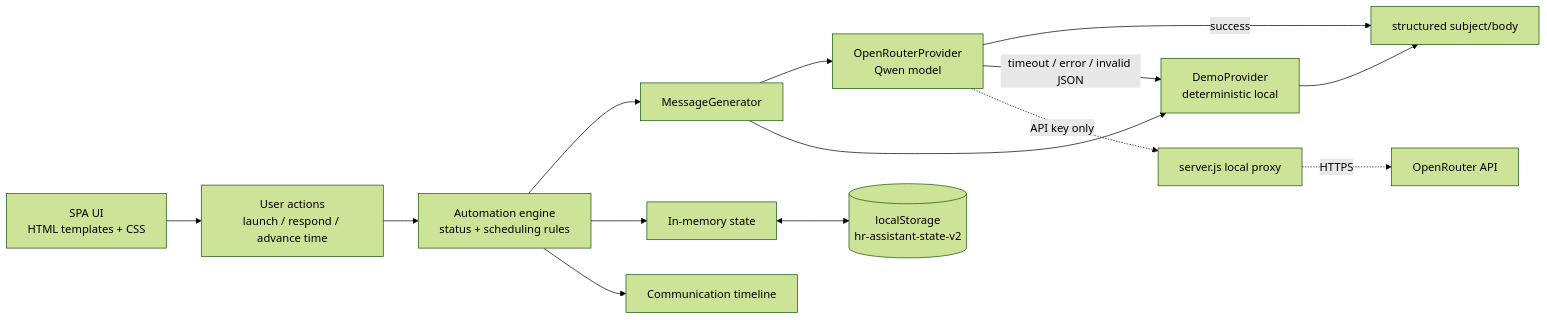
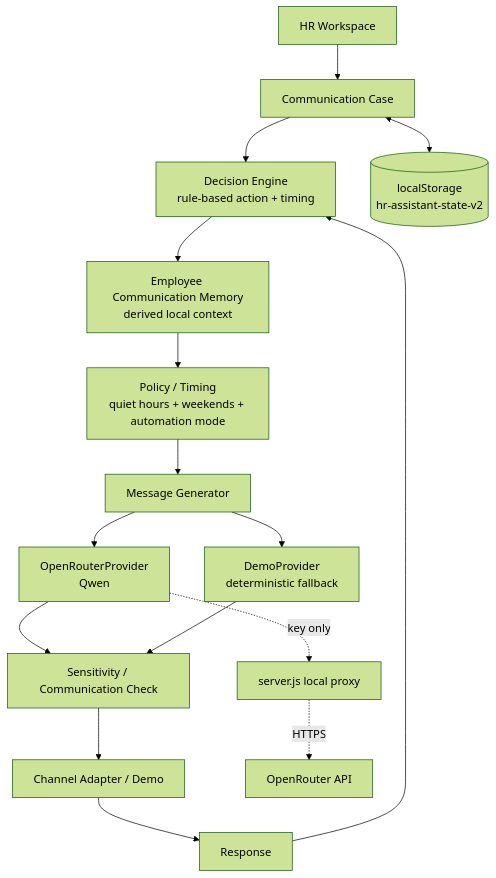
Before and after one commit to SpNkd/hyumanli-hr-assistant: the diagram in docs/ARCHITECTURE.md, drawn with Mermaid (forest theme). The commit also changed other lines of this file and 12 other files, not shown here.

````diff
--- a/docs/ARCHITECTURE.md
+++ b/docs/ARCHITECTURE.md
@@ -5,16 +5,18 @@
 ```mermaid
-flowchart LR
-  UI[SPA UI\nHTML templates + CSS] --> Actions[User actions\nlaunch / respond / advance time]
-  Actions --> Engine[Automation engine\nstatus + scheduling rules]
-  Engine --> Generator[MessageGenerator]
-  Generator --> Live[OpenRouterProvider\nQwen model]
-  Generator --> Demo[DemoProvider\ndeterministic local]
-  Live -->|success| Result[structured subject/body]
-  Live -->|timeout / error / invalid JSON| Demo
-  Demo --> Result
-  Engine --> State[In-memory state]
-  State <--> Storage[(localStorage\nhr-assistant-state-v2)]
-  Engine --> Timeline[Communication timeline]
-  Live -. API key only .-> Proxy[server.js local proxy]
+flowchart TD
+  HR[HR Workspace] --> Case[Communication Case]
+  Case --> Decision[Decision Engine\nrule-based action + timing]
+  Decision --> Memory[Employee Communication Memory\nderived local context]
+  Memory --> Policy[Policy / Timing\nquiet hours + weekends + automation mode]
+  Policy --> Generator[Message Generator]
+  Generator --> Live[OpenRouterProvider\nQwen]
+  Generator --> Demo[DemoProvider\ndeterministic fallback]
+  Live --> Guard[Sensitivity / Communication Check]
+  Demo --> Guard
+  Guard --> Channel[Channel Adapter / Demo]
+  Channel --> Response[Response]
+  Response --> Decision
+  Case <--> Store[(localStorage\nhr-assistant-state-v2)]
+  Live -. key only .-> Proxy[server.js local proxy]
   Proxy -. HTTPS .-> OR[OpenRouter API]
 ```
````
